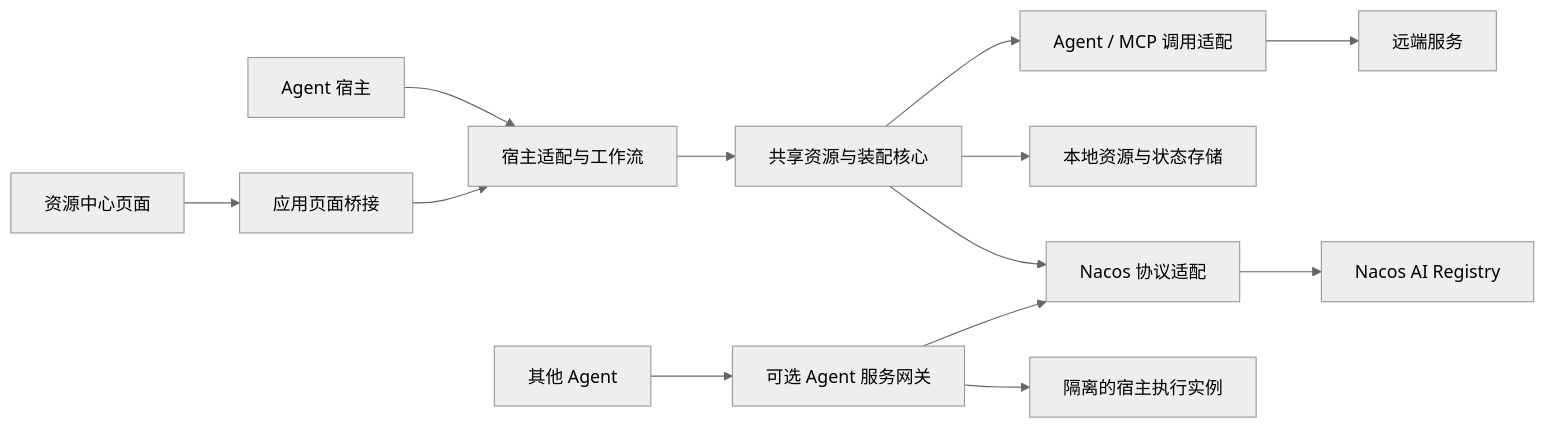
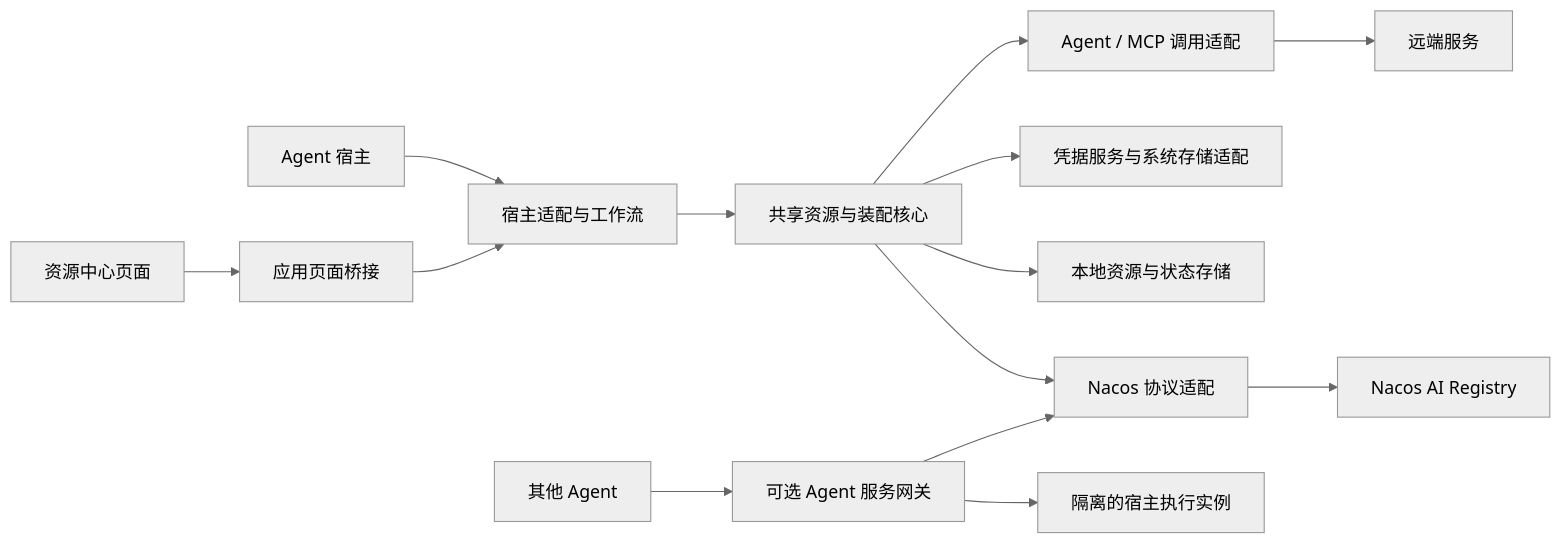
The diagram in agent-plugins/specs/architecture-spec.md (nacos-group/nacos-plugin), drawn with Mermaid (neutral theme) before and after one commit. The commit also changed other lines of this file and 20 other files, not shown here.

````diff
--- a/agent-plugins/specs/architecture-spec.md
+++ b/agent-plugins/specs/architecture-spec.md
@@ -27,15 +27,16 @@
 ```mermaid
 flowchart LR
     Host[Agent 宿主] --> Adapter[宿主适配与工作流]
     UI[资源中心页面] --> Bridge[应用页面桥接]
     Bridge --> Adapter
     Adapter --> Core[共享资源与装配核心]
     Core --> Client[Nacos 协议适配]
     Client --> Registry[Nacos AI Registry]
     Core --> Local[本地资源与状态存储]
+    Core --> Credentials[凭据服务与系统存储适配]
     Core --> Caller[Agent / MCP 调用适配]
     Caller --> Remote[远端服务]
     Peer[其他 Agent] --> Gateway[可选 Agent 服务网关]
     Gateway --> Executor[隔离的宿主执行实例]
     Gateway --> Client
 ```
````
